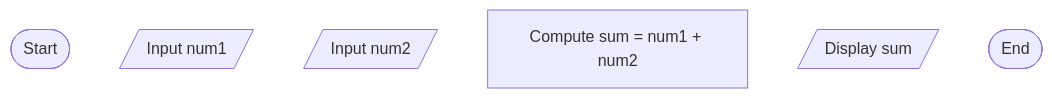
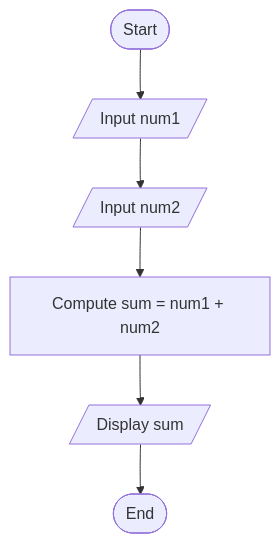
The diagram in flowchart1.md (trishamarpanes-sudo/cpp102-week2-panes), drawn with Mermaid before and after one commit.

Commit message:
Add Week 2 algorithm pseudocode and flowchart activities

````diff
--- a/flowchart1.md
+++ b/flowchart1.md
@@ -1,9 +1,8 @@
 ```mermaid
-flowchart TD
-    A([Start])
-    B[/Input num1/]
-    C[/Input num2/]
-    D["Compute sum = num1 + num2"]
-    E[/Display sum/]
-    F([End])
+graph TD
+    A([Start]) --> B[/Input num1/]
+    B --> C[/Input num2/]
+    C --> D["Compute sum = num1 + num2"]
+    D --> E[/Display sum/]
+    E --> F([End])
 ```
````
